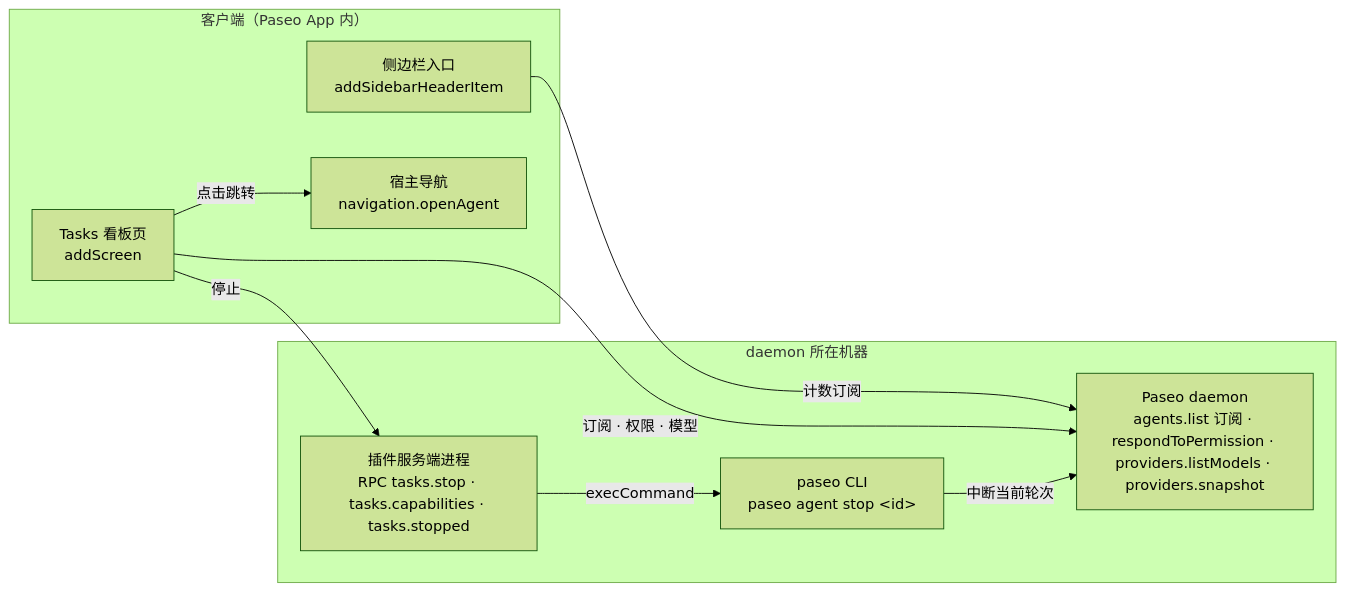
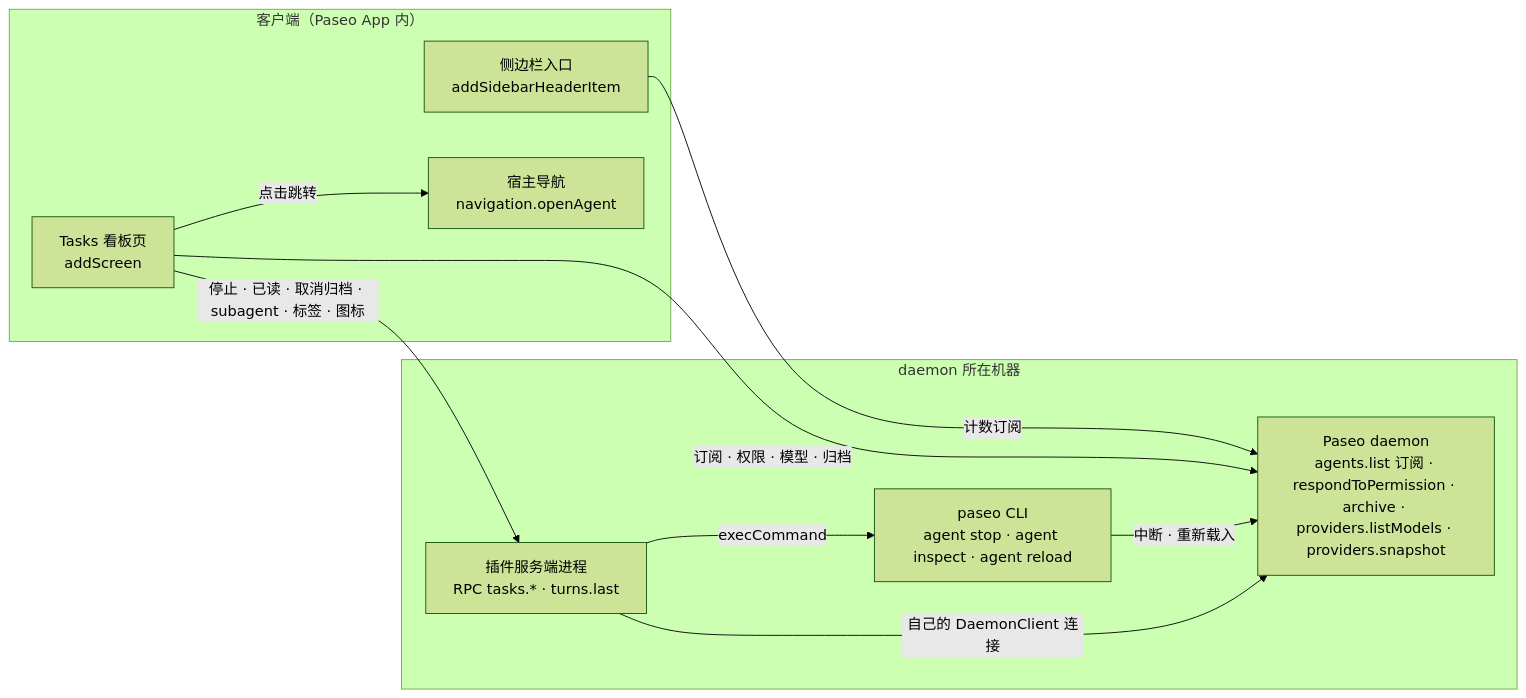
One commit to RoundRedDot/better-paseo changed the diagram in docs/tasks-board.md. Above: the diagram before and after it, drawn with Mermaid (forest theme). The commit also changed other lines of this file and 97 other files, not shown here.

First line of the commit message:
docs(readme): refresh phones, iPad, Tasks and the Paseo 0.12 benchmarks

````diff
--- a/docs/tasks-board.md
+++ b/docs/tasks-board.md
@@ -276,19 +297,20 @@
 ```mermaid
 flowchart LR
   subgraph client["客户端（Paseo App 内）"]
     sidebar["侧边栏入口<br/>addSidebarHeaderItem"]
     board["Tasks 看板页<br/>addScreen"]
     nav["宿主导航<br/>navigation.openAgent"]
   end
   subgraph host["daemon 所在机器"]
-    daemon["Paseo daemon<br/>agents.list 订阅 · respondToPermission · providers.listModels · providers.snapshot"]
-    server["插件服务端进程<br/>RPC tasks.stop · tasks.capabilities · tasks.stopped"]
-    cli["paseo CLI<br/>paseo agent stop &lt;id&gt;"]
+    daemon["Paseo daemon<br/>agents.list 订阅 · respondToPermission · archive · providers.listModels · providers.snapshot"]
+    server["插件服务端进程<br/>RPC tasks.* · turns.last"]
+    cli["paseo CLI<br/>agent stop · agent inspect · agent reload"]
   end
   sidebar -- 计数订阅 --> daemon
-  board -- 订阅 · 权限 · 模型 --> daemon
-  board -- 停止 --> server
+  board -- 订阅 · 权限 · 模型 · 归档 --> daemon
+  board -- 停止 · 已读 · 取消归档 · subagent · 标签 · 图标 --> server
   board -- 点击跳转 --> nav
   server -- execCommand --> cli
-  cli -- 中断当前轮次 --> daemon
+  cli -- 中断 · 重新载入 --> daemon
+  server -- 自己的 DaemonClient 连接 --> daemon
 ```
````
